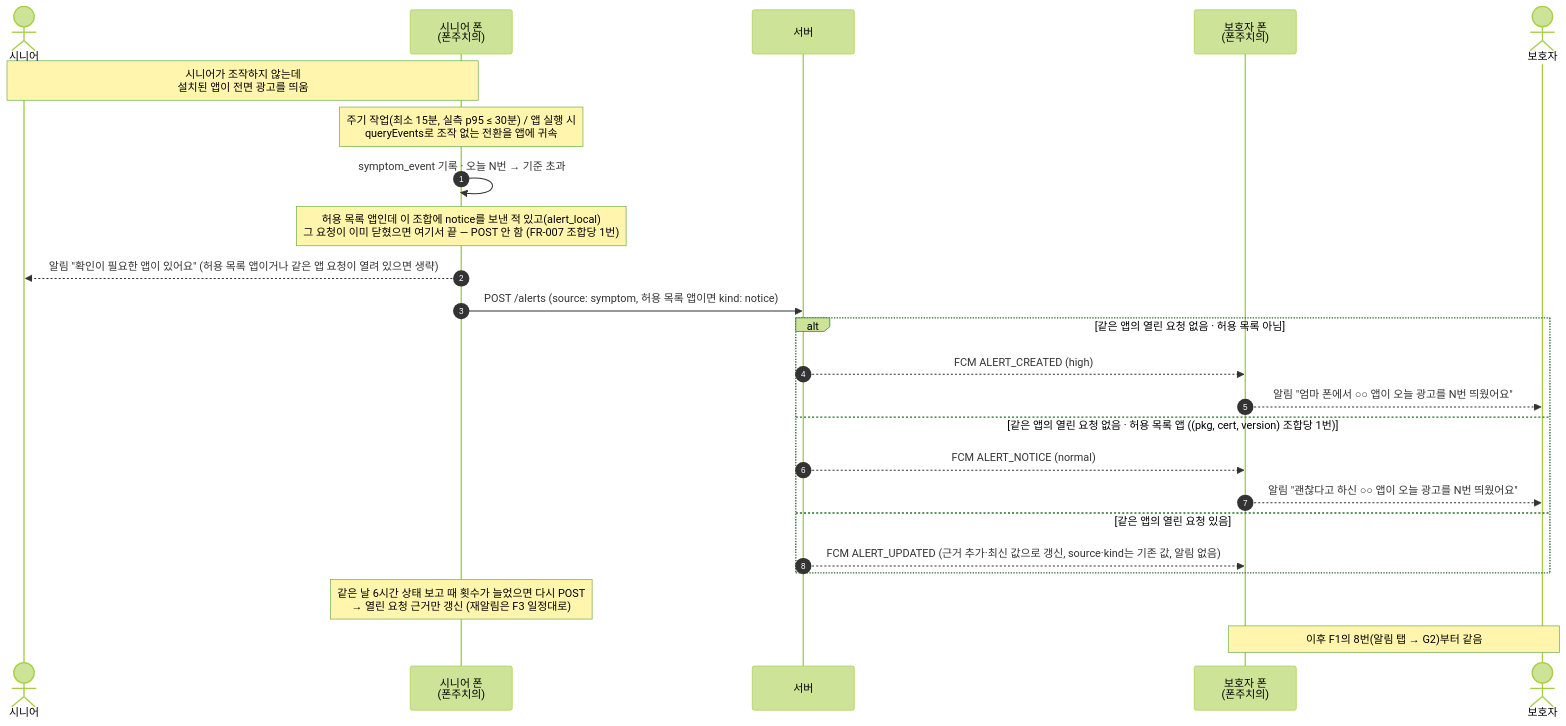
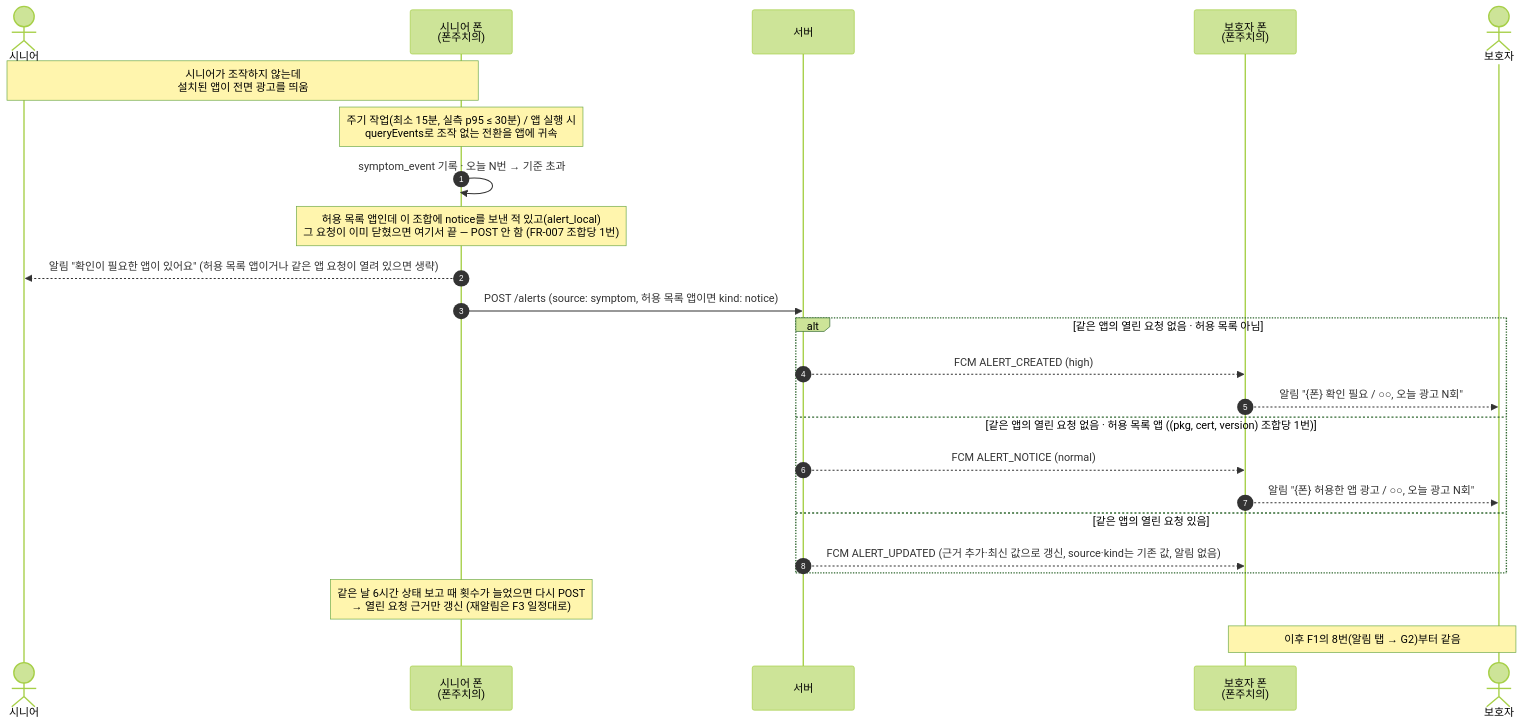
One commit to inq-o/phonedoctor changed the first of 5 diagrams in specs/001-mvp/ux-flows.md. Above: the diagram before and after it, drawn with Mermaid (forest theme). The commit also changed other lines of this file and 2 other files, not shown here.

Commit message:
docs(ux): 보호자 화면 규칙 — 흔한 앱 모양(뒤로·설정 톱니·목록 띠), 상대 폰 이름은 보호자가 고른 표시 이름(역할 고정 문구 금지), G1·G2·G3·G4·O-G3·O-G4 와이어프레임, 보호자 글자 4단계·배지 토큰(7:1), 공공·기업 앱식 짧은 문구, 푸시 linkId, 참고 R10~R14 (T055b)

````diff
--- a/specs/001-mvp/ux-flows.md
+++ b/specs/001-mvp/ux-flows.md
@@ -65,27 +74,27 @@
 ```mermaid
 sequenceDiagram
     autonumber
     actor 시니어
     participant SP as 시니어 폰<br/>(폰주치의)
     participant API as 서버
     participant GP as 보호자 폰<br/>(폰주치의)
     actor 보호자
 
     Note over 시니어,SP: 시니어가 조작하지 않는데<br/>설치된 앱이 전면 광고를 띄움
     Note over SP: 주기 작업(최소 15분, 실측 p95 ≤ 30분) / 앱 실행 시<br/>queryEvents로 조작 없는 전환을 앱에 귀속
     SP->>SP: symptom_event 기록 · 오늘 N번 → 기준 초과
     Note over SP: 허용 목록 앱인데 이 조합에 notice를 보낸 적 있고(alert_local)<br/>그 요청이 이미 닫혔으면 여기서 끝 — POST 안 함 (FR-007 조합당 1번)
     SP-->>시니어: 알림 "확인이 필요한 앱이 있어요" (허용 목록 앱이거나 같은 앱 요청이 열려 있으면 생략)
     SP->>API: POST /alerts (source: symptom, 허용 목록 앱이면 kind: notice)
     alt 같은 앱의 열린 요청 없음 · 허용 목록 아님
         API-->>GP: FCM ALERT_CREATED (high)
-        GP-->>보호자: 알림 "엄마 폰에서 ○○ 앱이 오늘 광고를 N번 띄웠어요"
+        GP-->>보호자: 알림 "{폰} 확인 필요 / ○○, 오늘 광고 N회"
     else 같은 앱의 열린 요청 없음 · 허용 목록 앱 ((pkg, cert, version) 조합당 1번)
         API-->>GP: FCM ALERT_NOTICE (normal)
-        GP-->>보호자: 알림 "괜찮다고 하신 ○○ 앱이 오늘 광고를 N번 띄웠어요"
+        GP-->>보호자: 알림 "{폰} 허용한 앱 광고 / ○○, 오늘 광고 N회"
     else 같은 앱의 열린 요청 있음
         API-->>GP: FCM ALERT_UPDATED (근거 추가·최신 값으로 갱신, source·kind는 기존 값, 알림 없음)
     end
     Note over SP: 같은 날 6시간 상태 보고 때 횟수가 늘었으면 다시 POST<br/>→ 열린 요청 근거만 갱신 (재알림은 F3 일정대로)
     Note over 보호자,GP: 이후 F1의 8번(알림 탭 → G2)부터 같음
 ```
````
